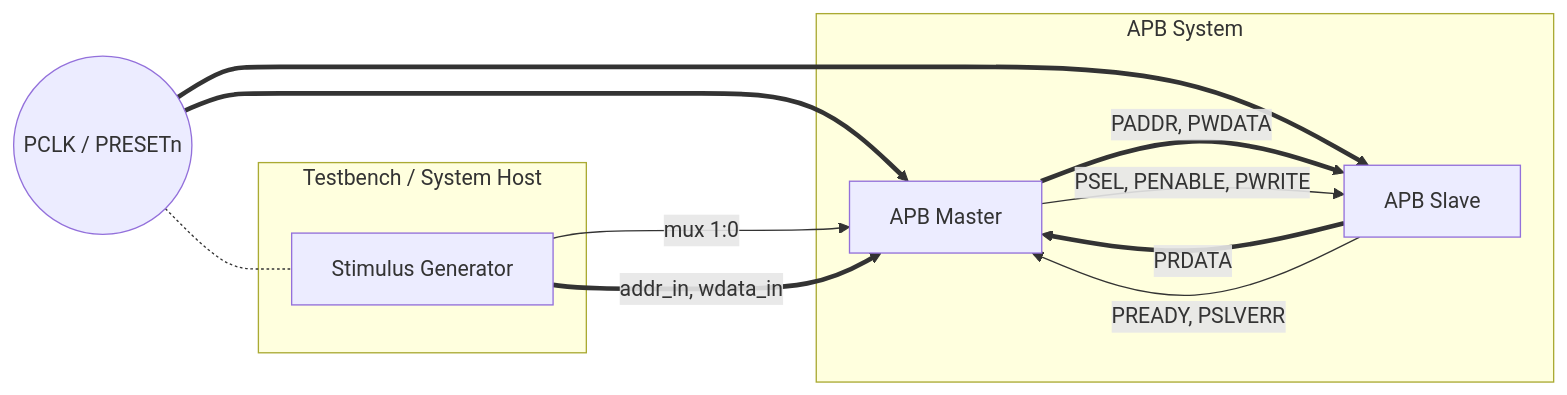
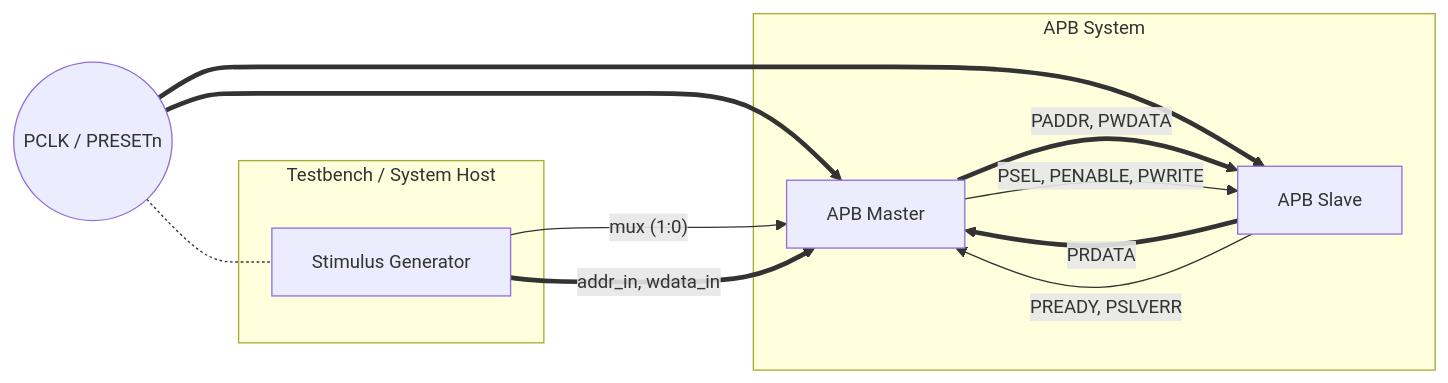
Before and after one commit to MichaelMostytskyy-boop/APB-SystemVerilog: the diagram in README.md, drawn with Mermaid.

Commit message:
Final architecture diagram with clean Arial font style

````diff
--- a/README.md
+++ b/README.md
@@ -19,32 +19,34 @@
 ```mermaid
+%%{init: {'themeVariables': { 'fontFamily': 'Arial', 'fontSize': '14px'}}}%%
 graph LR
     %% Global Signals on the far left
     CLK((PCLK / PRESETn))
 
     subgraph TB [Testbench / System Host]
         GEN[Stimulus Generator]
     end
 
     subgraph DUT [APB System]
+        %% The DUT components sit next to each other
         M[APB Master]
         S[APB Slave]
     end
 
-    %% Clock Connections going right
+    %% Clock connections (dotted lines)
     CLK -.- GEN
     CLK ==> M
     CLK ==> S
 
-    %% Host to Master Interface going right
-    GEN -->|mux 1:0| M
+    %% Host to Master flow (left to right)
+    GEN -->|"mux (1:0)"| M
     GEN ==>|addr_in, wdata_in| M
 
-    %% APB Forward Channel going right
+    %% Master to Slave flow (left to right)
     M ==>|PADDR, PWDATA| S
     M -->|PSEL, PENABLE, PWRITE| S
 
-    %% APB Feedback Channel returning left
+    %% Feedback from Slave to Master (right to left)
     S ==>|PRDATA| M
     S -->|PREADY, PSLVERR| M
     
 ```
````
